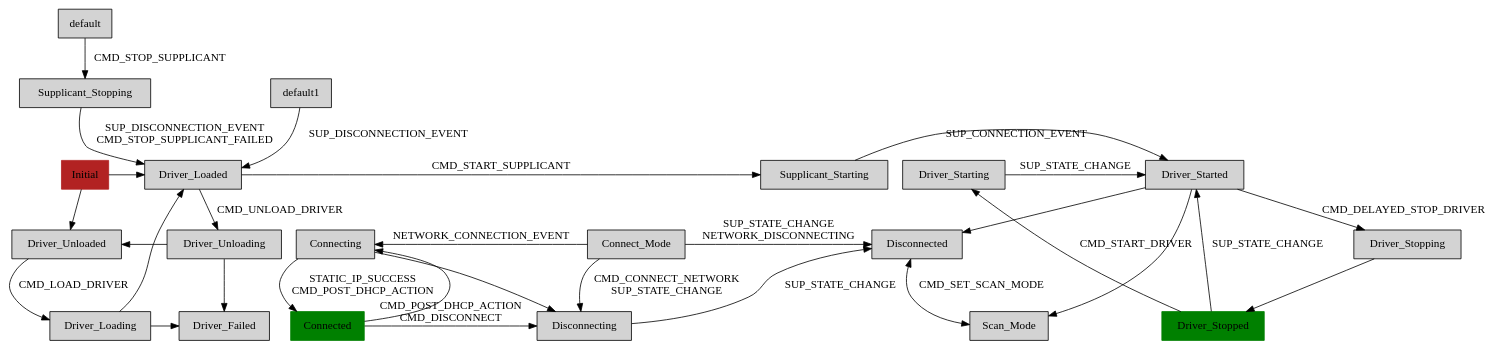
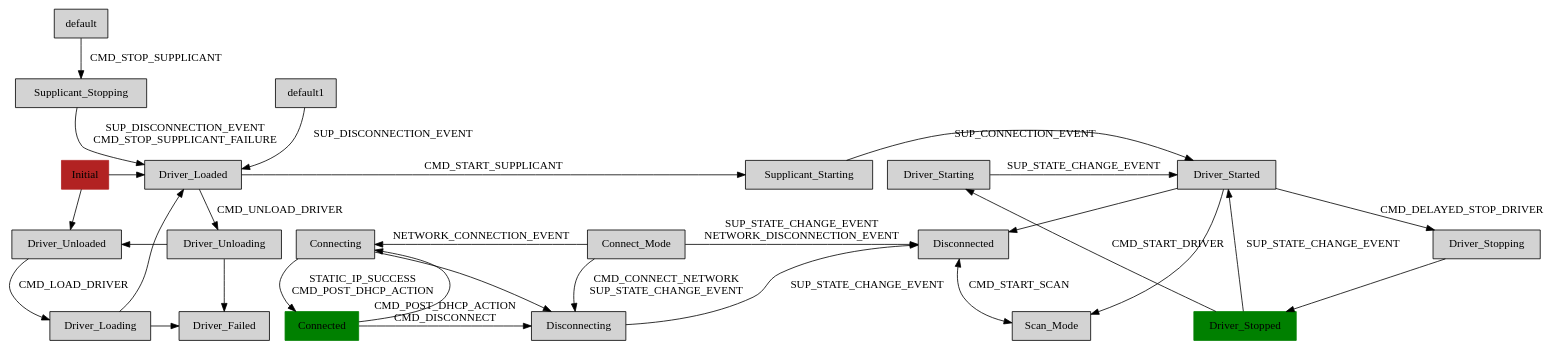
Before and after one commit to cambridgehackers/klaatu-language-gitorious: the diagram in fsm/test.dot, drawn with Graphviz. The commit also changed 1 other file, not shown here.

```diff
--- a/fsm/test.dot
+++ b/fsm/test.dot
@@ -1,44 +1,44 @@
 digraph wifistates {
     node [shape=box style=filled]
 
     { rank=same; Initial Driver_Loaded Supplicant_Starting Driver_Started Driver_Starting }
     { rank=same; Driver_Unloaded Driver_Unloading }
     { rank=same; Driver_Loading Driver_Failed }
     { rank=same; Connect_Mode Connecting Disconnected }
     { rank=same; Connected Disconnecting }
     { rank=same; Driver_Stopped Scan_Mode }
 
-    Connect_Mode -> Disconnected [ label="SUP_STATE_CHANGE\nNETWORK_DISCONNECTING" ]
-    Connect_Mode -> Disconnecting [ label="CMD_CONNECT_NETWORK\nSUP_STATE_CHANGE" ]
+    Connect_Mode -> Disconnected [ label="SUP_STATE_CHANGE_EVENT\nNETWORK_DISCONNECTION_EVENT" ]
+    Connect_Mode -> Disconnecting [ label="CMD_CONNECT_NETWORK\nSUP_STATE_CHANGE_EVENT" ]
     Connected -> Connecting 
     Connected -> Disconnecting [ label="CMD_POST_DHCP_ACTION\nCMD_DISCONNECT" ]
     Connecting -> Connect_Mode [ dir=back label=NETWORK_CONNECTION_EVENT ]
     Connecting -> Connected [ label="STATIC_IP_SUCCESS\nCMD_POST_DHCP_ACTION" ]
     Connecting -> Disconnecting
-    Disconnected -> Scan_Mode [ dir=both label=CMD_SET_SCAN_MODE ]
-    Disconnecting -> Disconnected [ label=SUP_STATE_CHANGE ]
+    Disconnected -> Scan_Mode [ dir=both label=CMD_START_SCAN ]
+    Disconnecting -> Disconnected [ label=SUP_STATE_CHANGE_EVENT ]
     Driver_Failed -> Driver_Unloading [dir=back]
     Driver_Loaded -> Driver_Unloading [ label=CMD_UNLOAD_DRIVER ]
     Driver_Loaded -> Supplicant_Starting [ label=CMD_START_SUPPLICANT ]
     Driver_Loading -> Driver_Failed
     Driver_Loading -> Driver_Loaded
     Driver_Started -> Disconnected
     Driver_Started -> Driver_Stopping [ label=CMD_DELAYED_STOP_DRIVER ]
     Driver_Started -> Scan_Mode 
-    Driver_Starting -> Driver_Started [ label=SUP_STATE_CHANGE ]
-    Driver_Stopped -> Driver_Started [ label=SUP_STATE_CHANGE ]
+    Driver_Starting -> Driver_Started [ label=SUP_STATE_CHANGE_EVENT ]
+    Driver_Stopped -> Driver_Started [ label=SUP_STATE_CHANGE_EVENT ]
     Driver_Stopped -> Driver_Starting [ label=CMD_START_DRIVER ]
     Driver_Stopping -> Driver_Stopped
     Driver_Unloaded -> Driver_Loading [ label=CMD_LOAD_DRIVER ]
     Driver_Unloaded -> Driver_Unloading [dir=back]
     Initial -> Driver_Loaded
     Initial -> Driver_Unloaded
     Supplicant_Starting -> Driver_Started [ label=SUP_CONNECTION_EVENT ]
-    Supplicant_Stopping -> Driver_Loaded [ label="SUP_DISCONNECTION_EVENT\nCMD_STOP_SUPPLICANT_FAILED" ]
+    Supplicant_Stopping -> Driver_Loaded [ label="SUP_DISCONNECTION_EVENT\nCMD_STOP_SUPPLICANT_FAILURE" ]
     default -> Supplicant_Stopping [ label=CMD_STOP_SUPPLICANT ]
     default1 -> Driver_Loaded [ label=SUP_DISCONNECTION_EVENT ]
 
     Initial [ color=firebrick ]; 
     Connected [ color=green ]; 
     Driver_Stopped [ color=green ]; 
 }
```
